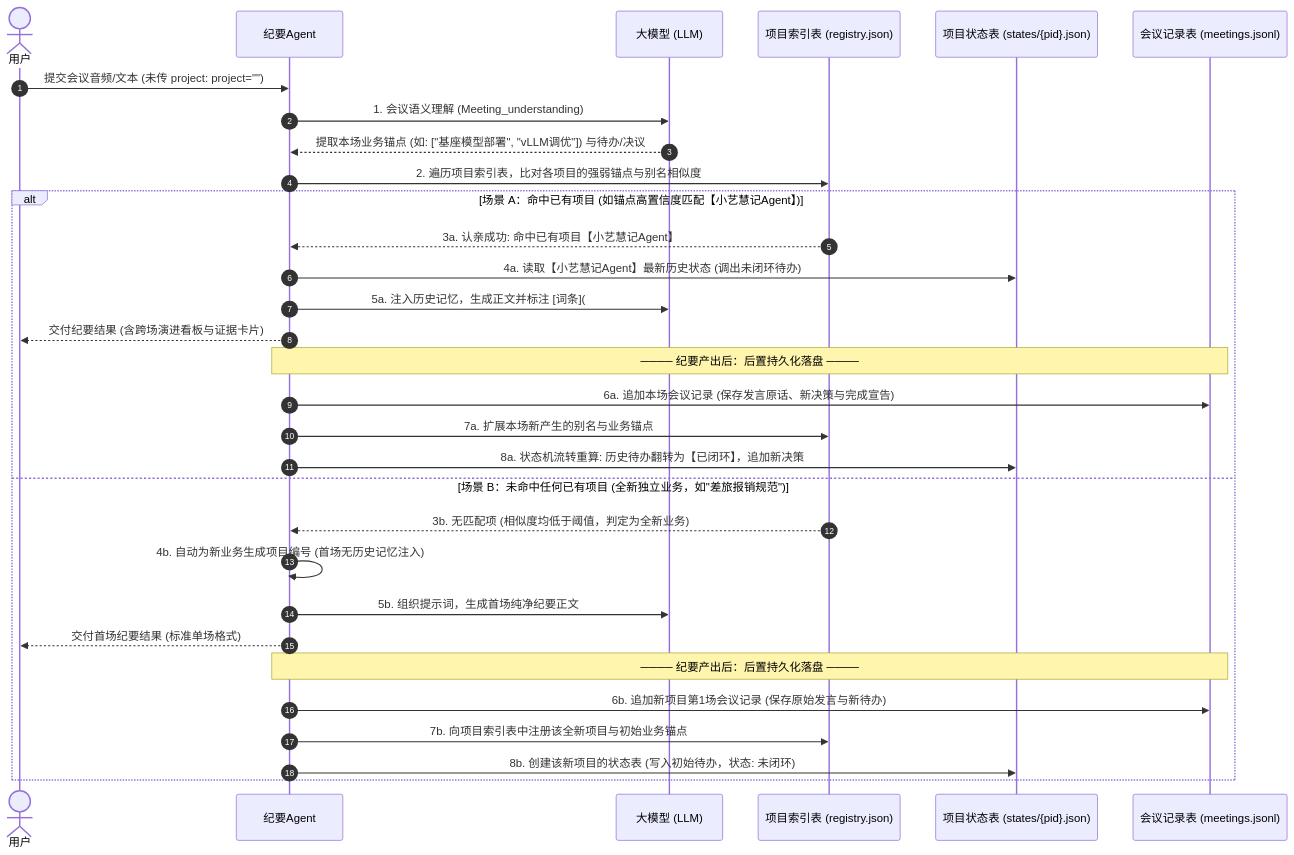
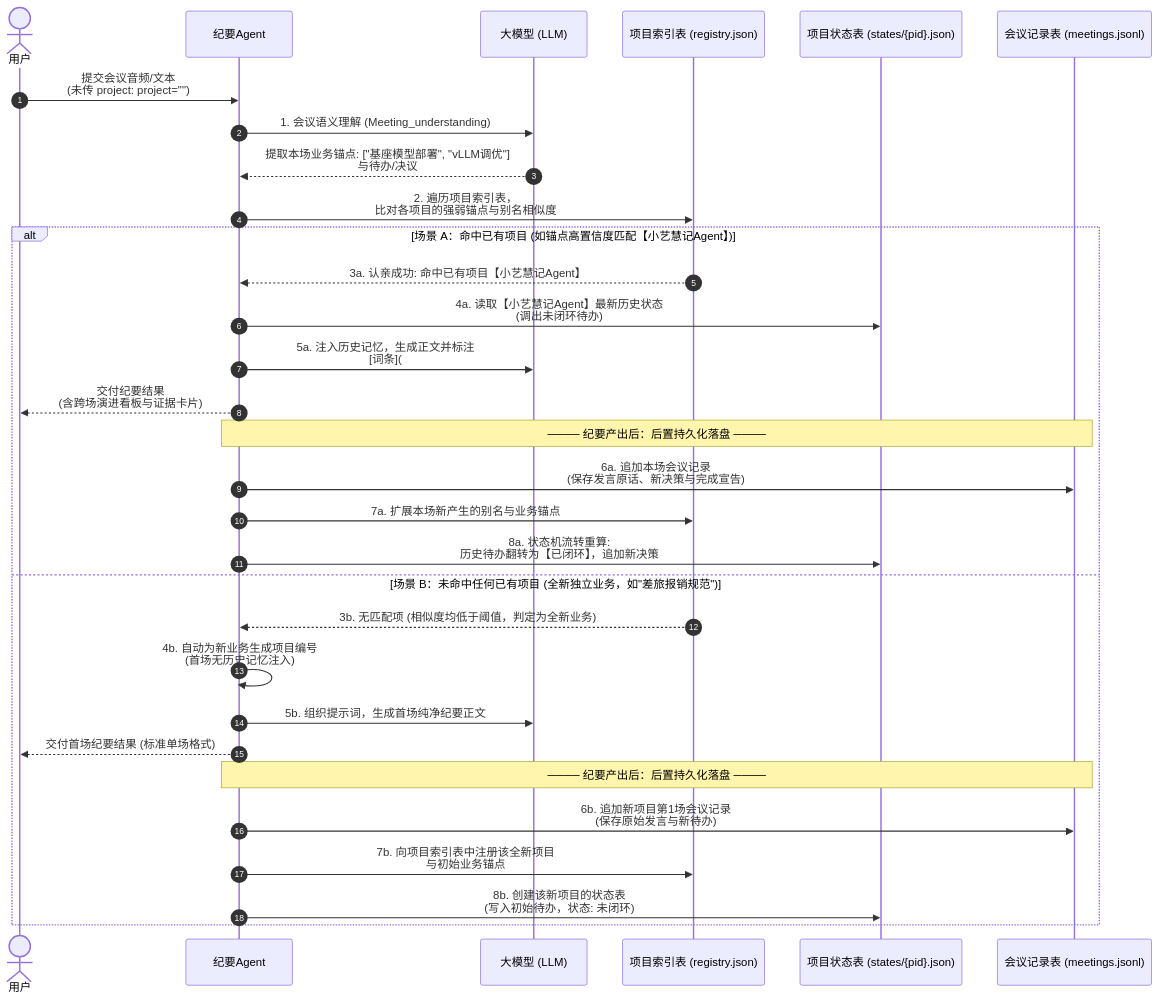
One commit to ohhhhh-hyf/AgentFlow changed the third of 3 diagrams in MEMORY_EXECUTION_FLOW_UML.md. Above: the diagram before and after it, drawn with Mermaid. The commit also changed other lines of this file and 1 other file, not shown here.

````diff
--- a/MEMORY_EXECUTION_FLOW_UML.md
+++ b/MEMORY_EXECUTION_FLOW_UML.md
@@ -103,36 +103,36 @@
 ```mermaid
 sequenceDiagram
     autonumber
     actor User as 用户
     participant Agent as 纪要Agent
     participant LLM as 大模型 (LLM)
     participant Registry as 项目索引表 (registry.json)
     participant State as 项目状态表 (states/{pid}.json)
     participant Meetings as 会议记录表 (meetings.jsonl)
 
-    User->>Agent: 提交会议音频/文本 (未传 project: project="")
+    User->>Agent: 提交会议音频/文本<br/>(未传 project: project="")
     Agent->>LLM: 1. 会议语义理解 (Meeting_understanding)
-    LLM-->>Agent: 提取本场业务锚点 (如: ["基座模型部署", "vLLM调优"]) 与待办/决议
+    LLM-->>Agent: 提取本场业务锚点: ["基座模型部署", "vLLM调优"]<br/>与待办/决议
     
-    Agent->>Registry: 2. 遍历项目索引表，比对各项目的强弱锚点与别名相似度
+    Agent->>Registry: 2. 遍历项目索引表，<br/>比对各项目的强弱锚点与别名相似度
 
     alt 场景 A：命中已有项目 (如锚点高置信度匹配【小艺慧记Agent】)
         Registry-->>Agent: 3a. 认亲成功: 命中已有项目【小艺慧记Agent】
-        Agent->>State: 4a. 读取【小艺慧记Agent】最新历史状态 (调出未闭环待办)
-        Agent->>LLM: 5a. 注入历史记忆，生成正文并标注 [词条](#source-1)、## 状态演进、## 记忆溯源
-        Agent-->>User: 交付纪要结果 (含跨场演进看板与证据卡片)
+        Agent->>State: 4a. 读取【小艺慧记Agent】最新历史状态<br/>(调出未闭环待办)
+        Agent->>LLM: 5a. 注入历史记忆，生成正文并标注<br/>[词条](#source-1)、## 状态演进、## 记忆溯源
+        Agent-->>User: 交付纪要结果<br/>(含跨场演进看板与证据卡片)
         Note over Agent, Meetings: ──── 纪要产出后：后置持久化落盘 ────
-        Agent->>Meetings: 6a. 追加本场会议记录 (保存发言原话、新决策与完成宣告)
+        Agent->>Meetings: 6a. 追加本场会议记录<br/>(保存发言原话、新决策与完成宣告)
         Agent->>Registry: 7a. 扩展本场新产生的别名与业务锚点
-        Agent->>State: 8a. 状态机流转重算: 历史待办翻转为【已闭环】，追加新决策
+        Agent->>State: 8a. 状态机流转重算:<br/>历史待办翻转为【已闭环】，追加新决策
     else 场景 B：未命中任何已有项目 (全新独立业务，如"差旅报销规范")
         Registry-->>Agent: 3b. 无匹配项 (相似度均低于阈值，判定为全新业务)
-        Agent->>Agent: 4b. 自动为新业务生成项目编号 (首场无历史记忆注入)
+        Agent->>Agent: 4b. 自动为新业务生成项目编号<br/>(首场无历史记忆注入)
         Agent->>LLM: 5b. 组织提示词，生成首场纯净纪要正文
         Agent-->>User: 交付首场纪要结果 (标准单场格式)
         Note over Agent, Meetings: ──── 纪要产出后：后置持久化落盘 ────
-        Agent->>Meetings: 6b. 追加新项目第1场会议记录 (保存原始发言与新待办)
-        Agent->>Registry: 7b. 向项目索引表中注册该全新项目与初始业务锚点
-        Agent->>State: 8b. 创建该新项目的状态表 (写入初始待办，状态: 未闭环)
+        Agent->>Meetings: 6b. 追加新项目第1场会议记录<br/>(保存原始发言与新待办)
+        Agent->>Registry: 7b. 向项目索引表中注册该全新项目<br/>与初始业务锚点
+        Agent->>State: 8b. 创建该新项目的状态表<br/>(写入初始待办，状态: 未闭环)
     end
 ```
````
